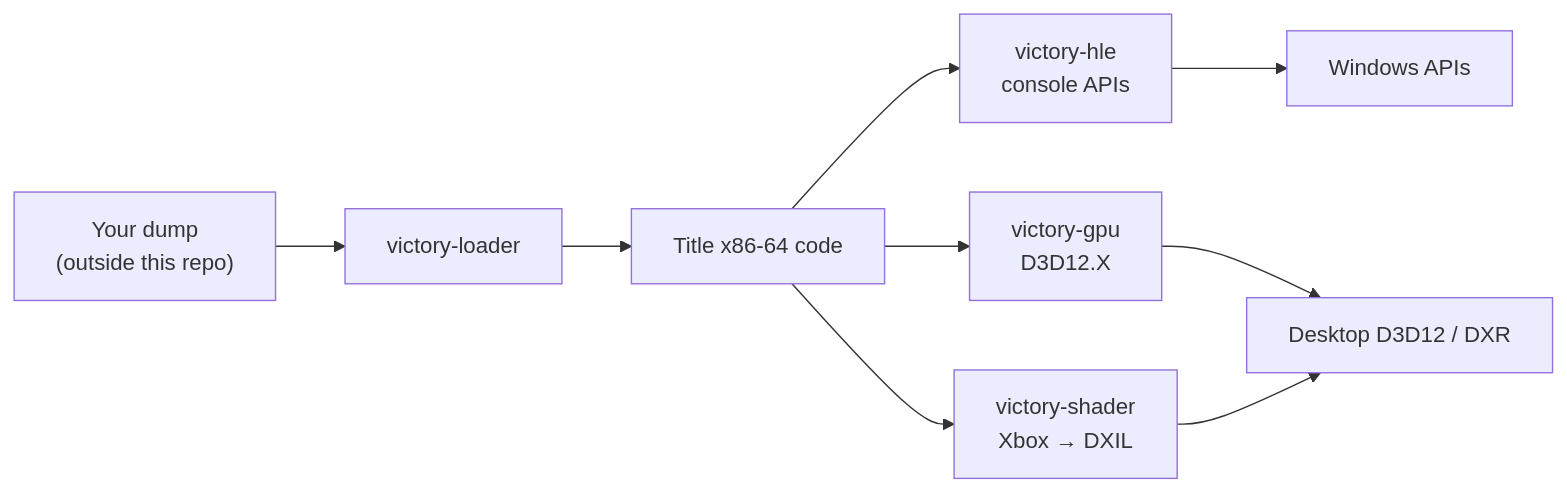
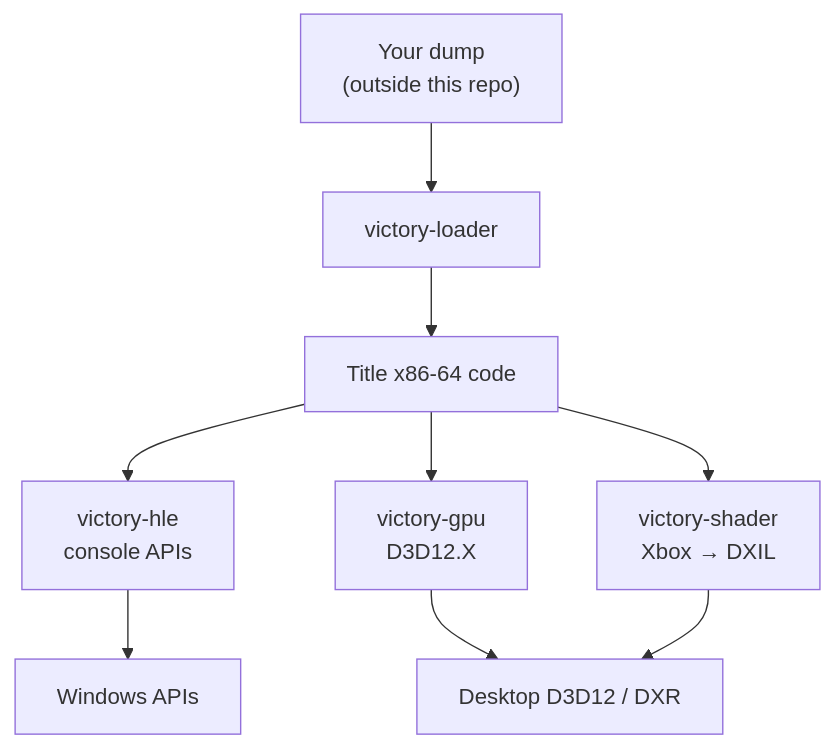
One commit to ihaterockstargames/sixth-star changed the diagram in README.md. Above: the diagram before and after it, drawn with Mermaid.

Commit message:
Sixth Star update 2026-11-25

````diff
--- a/README.md
+++ b/README.md
@@ -35,11 +35,11 @@
 ```mermaid
-flowchart LR
+flowchart TD
     DUMP["Your dump<br/>(outside this repo)"] --> LOADER["victory-loader"]
     LOADER --> CODE["Title x86-64 code"]
     CODE --> HLE["victory-hle<br/>console APIs"]
     CODE --> GPU["victory-gpu<br/>D3D12.X"]
     CODE --> SHADER["victory-shader<br/>Xbox → DXIL"]
     HLE --> HOST["Windows APIs"]
     GPU --> D3D12["Desktop D3D12 / DXR"]
     SHADER --> D3D12
 ```
````
